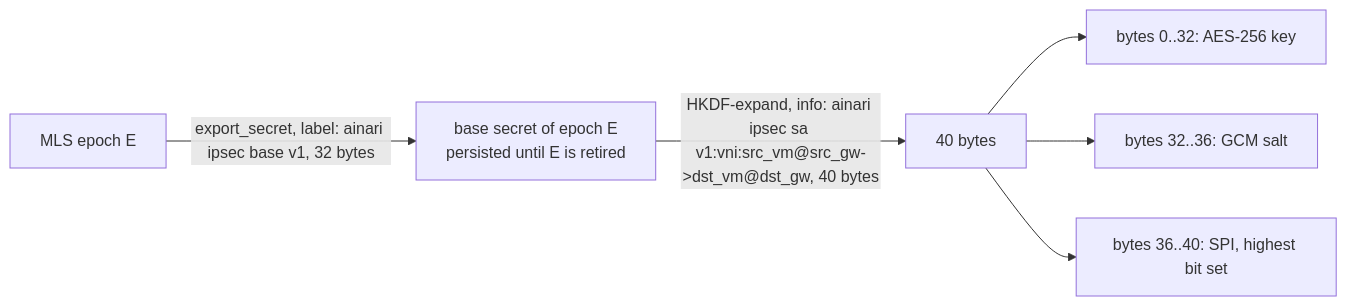
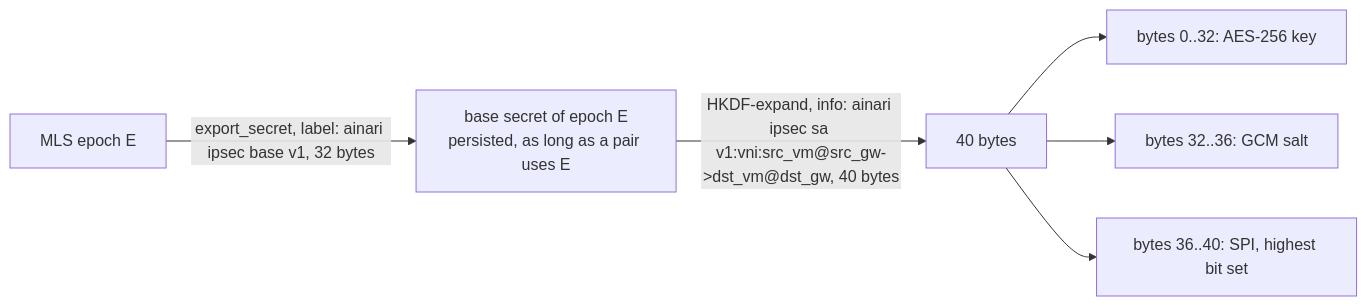
The ninth of 20 diagrams in docs/developer/sequence_diagrams/network_crypto_key_exchange.md (kitsudaiki/ainari), drawn with Mermaid before and after one commit. The commit also changed other lines of this file and 3 other files, not shown here.

````diff
--- a/docs/developer/sequence_diagrams/network_crypto_key_exchange.md
+++ b/docs/developer/sequence_diagrams/network_crypto_key_exchange.md
@@ -331,8 +382,8 @@
 ```mermaid
 flowchart LR
-    epoch["MLS epoch E"] -- "export_secret, label: ainari ipsec base v1, 32 bytes" --> base["base secret of epoch E<br/>persisted until E is retired"]
+    epoch["MLS epoch E"] -- "export_secret, label: ainari ipsec base v1, 32 bytes" --> base["base secret of epoch E<br/>persisted, as long as a pair uses E"]
     base -- "HKDF-expand, info: ainari ipsec sa v1:vni:src_vm@src_gw->dst_vm@dst_gw, 40 bytes" --> okm["40 bytes"]
     okm --> key["bytes 0..32: AES-256 key"]
     okm --> salt["bytes 32..36: GCM salt"]
     okm --> spi["bytes 36..40: SPI, highest bit set"]
 ```
````
